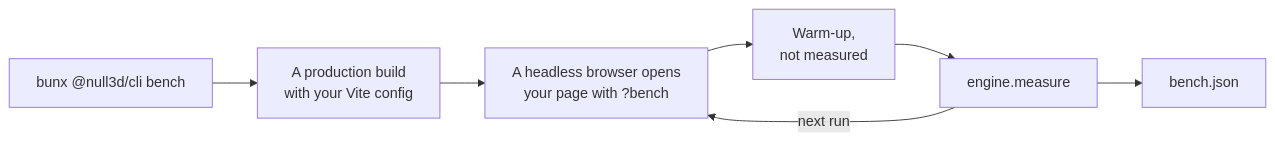
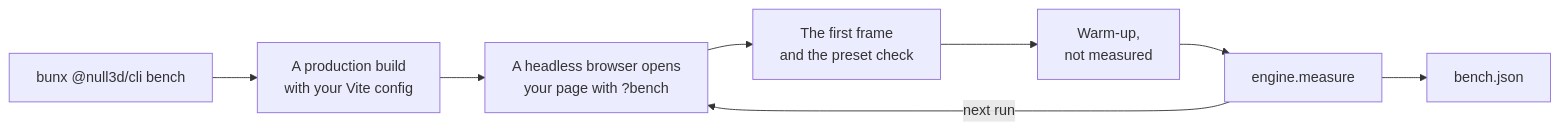
The third of 4 diagrams in docs/cli/null3d.md (null3d-engine/null3d), drawn with Mermaid before and after one commit. The commit also changed other lines of this file and 4 other files, not shown here.

First line of the commit message:
docs: wait for the preset check before measuring steady play, and keep a stopped pass's image

````diff
--- a/docs/cli/null3d.md
+++ b/docs/cli/null3d.md
@@ -282,9 +282,10 @@
 ```mermaid
 flowchart LR
     bench["bunx @null3d/cli bench"] --> build["A production build<br/>with your Vite config"]
     build --> page["A headless browser opens<br/>your page with ?bench"]
-    page --> warm["Warm-up,<br/>not measured"]
+    page --> first["The first frame<br/>and the preset check"]
+    first --> warm["Warm-up,<br/>not measured"]
     warm --> measure["engine.measure"]
     measure -->|"next run"| page
     measure --> json["bench.json"]
 ```
````
